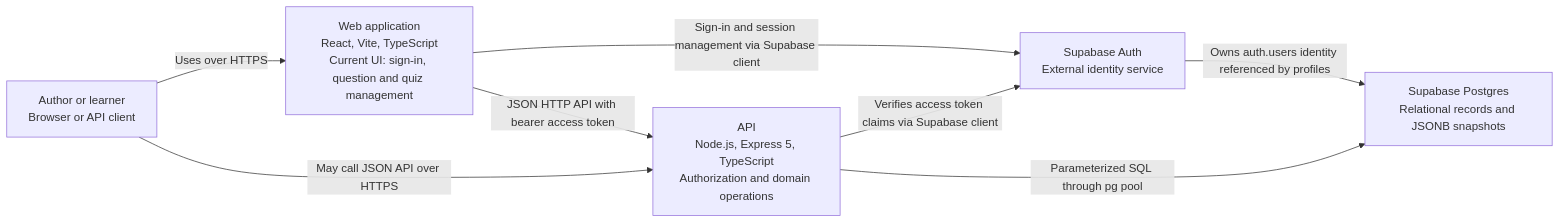
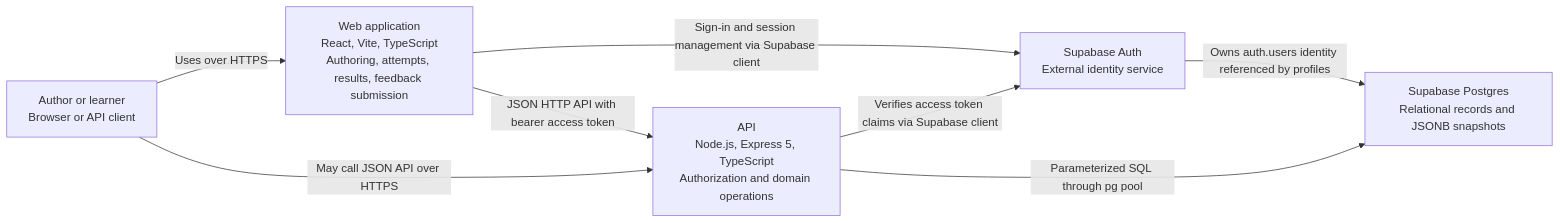
The diagram in docs/architecture/static/containers.md (crennie/quiz-builder), drawn with Mermaid before and after one commit. The commit also changed other lines of this file and 19 other files, not shown here.

````diff
--- a/docs/architecture/static/containers.md
+++ b/docs/architecture/static/containers.md
@@ -5,16 +5,16 @@
 ```mermaid
 flowchart LR
     person["Author or learner<br/>Browser or API client"]
-    web["Web application<br/>React, Vite, TypeScript<br/>Current UI: sign-in, question and quiz management"]
+    web["Web application<br/>React, Vite, TypeScript<br/>Authoring, attempts, results, feedback submission"]
     api["API<br/>Node.js, Express 5, TypeScript<br/>Authorization and domain operations"]
     auth["Supabase Auth<br/>External identity service"]
     db["Supabase Postgres<br/>Relational records and JSONB snapshots"]
 
     person -->|Uses over HTTPS| web
     person -->|May call JSON API over HTTPS| api
     web -->|Sign-in and session management via Supabase client| auth
     web -->|JSON HTTP API with bearer access token| api
     api -->|Verifies access token claims via Supabase client| auth
     api -->|Parameterized SQL through pg pool| db
     auth -->|Owns auth.users identity referenced by profiles| db
 ```
````
